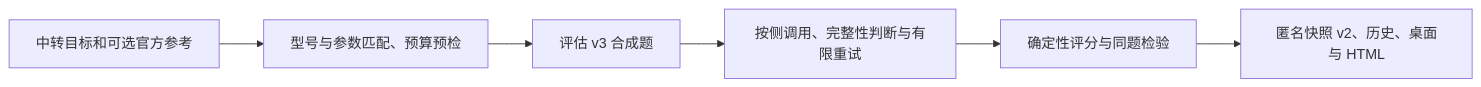
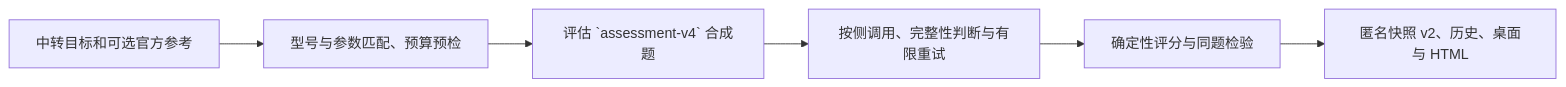
The diagram in Technical-Documentation-Principles-of-Mathematics-Transfer-Station-Inspection.md (liudabo-art/Codex-Lens), drawn with Mermaid before and after one commit. The commit also changed other lines of this file and 66 other files, not shown here.

````diff
--- a/Technical-Documentation-Principles-of-Mathematics-Transfer-Station-Inspection.md
+++ b/Technical-Documentation-Principles-of-Mathematics-Transfer-Station-Inspection.md
@@ -9,8 +9,8 @@
 ```mermaid
 flowchart LR
     Target["中转目标和可选官方参考"] --> Plan["型号与参数匹配、预算预检"]
-    Plan --> Cases["评估 v3 合成题"]
+    Plan --> Cases["评估 `assessment-v4` 合成题"]
     Cases --> Replies["按侧调用、完整性判断与有限重试"]
     Replies --> Scores["确定性评分与同题检验"]
     Scores --> Report["匿名快照 v2、历史、桌面与 HTML"]
 ```
````
